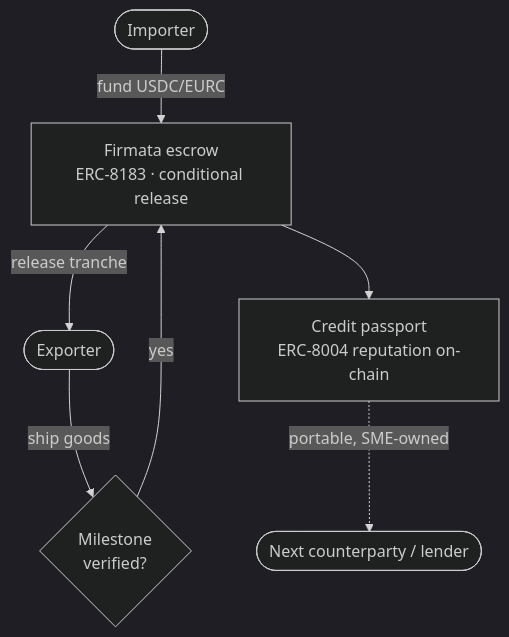
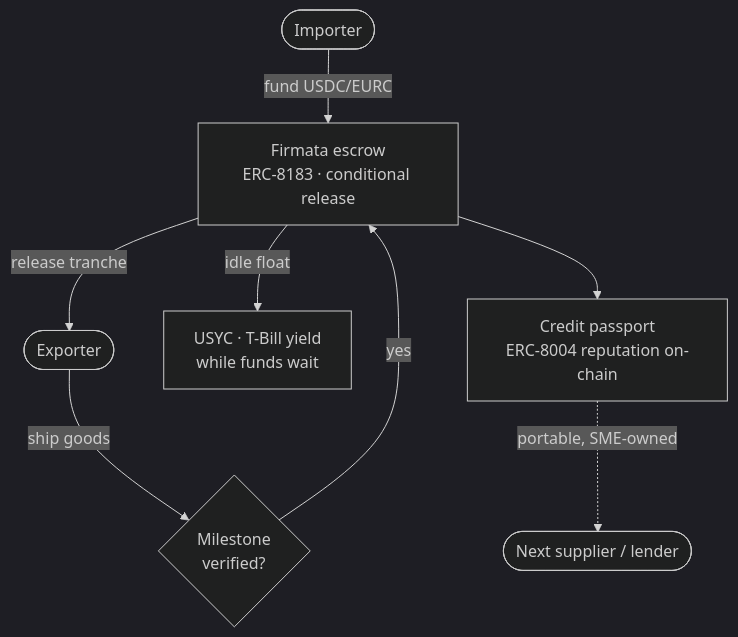
Before and after one commit to MeridianFinance/meridian-ignyte: the diagram in track-2-trade/README.md, drawn with Mermaid (dark theme). The commit also changed other lines of this file and 3 other files, not shown here.

Commit message:
Beef up track READMEs: full problem, mechanics, Circle integration, moat, roadmap

````diff
--- a/track-2-trade/README.md
+++ b/track-2-trade/README.md
@@ -32,9 +34,10 @@
 ```mermaid
 flowchart TB
     A(["Importer"]) -->|fund USDC/EURC| ESC["Firmata escrow<br/>ERC-8183 · conditional release"]
     B(["Exporter"]) -->|ship goods| M{"Milestone<br/>verified?"}
     M -->|yes| ESC
     ESC -->|release tranche| B
+    ESC -->|idle float| USYC["USYC · T-Bill yield<br/>while funds wait"]
     ESC --> REP["Credit passport<br/>ERC-8004 reputation on-chain"]
-    REP -. "portable, SME-owned" .-> NEXT(["Next counterparty / lender"])
+    REP -. "portable, SME-owned" .-> NEXT(["Next supplier / lender"])
 ```
````
